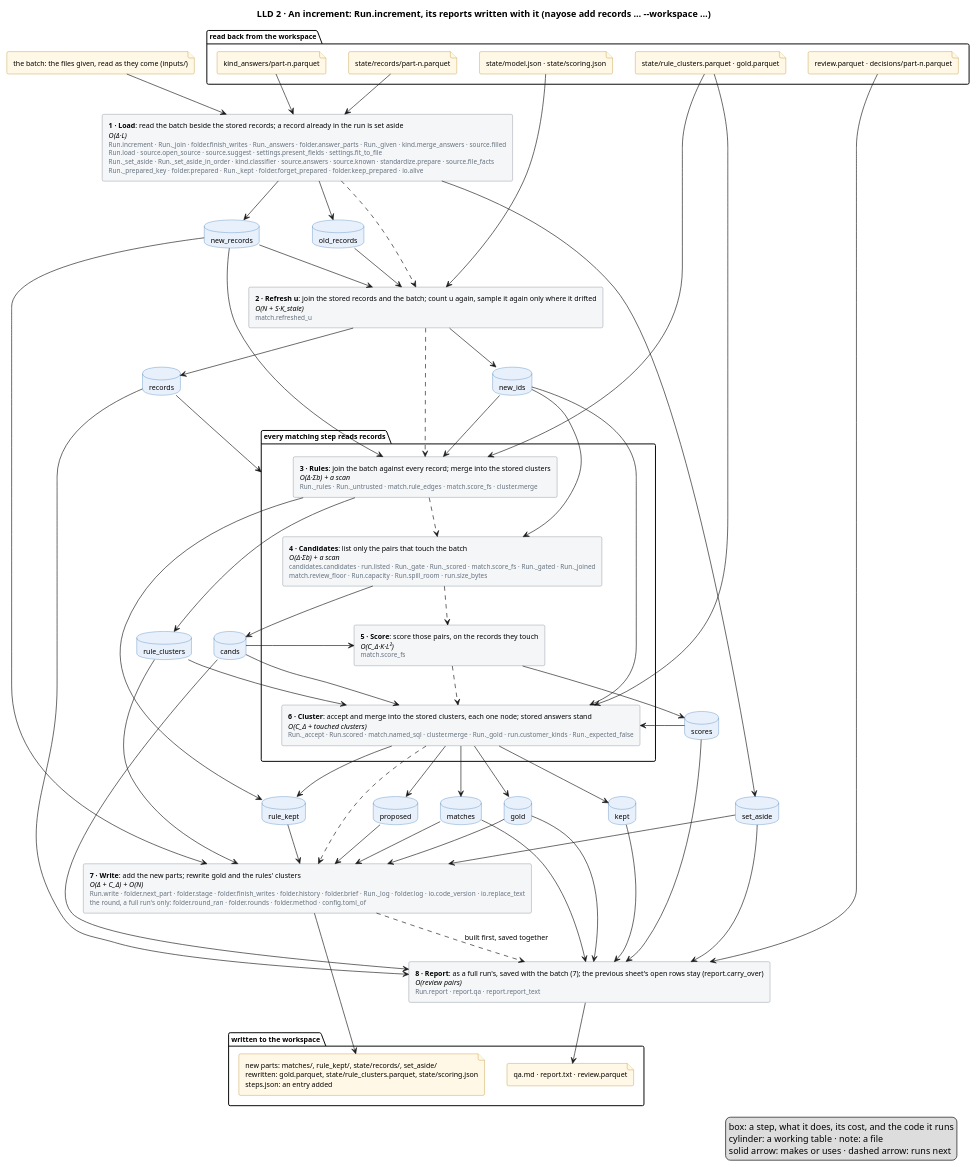
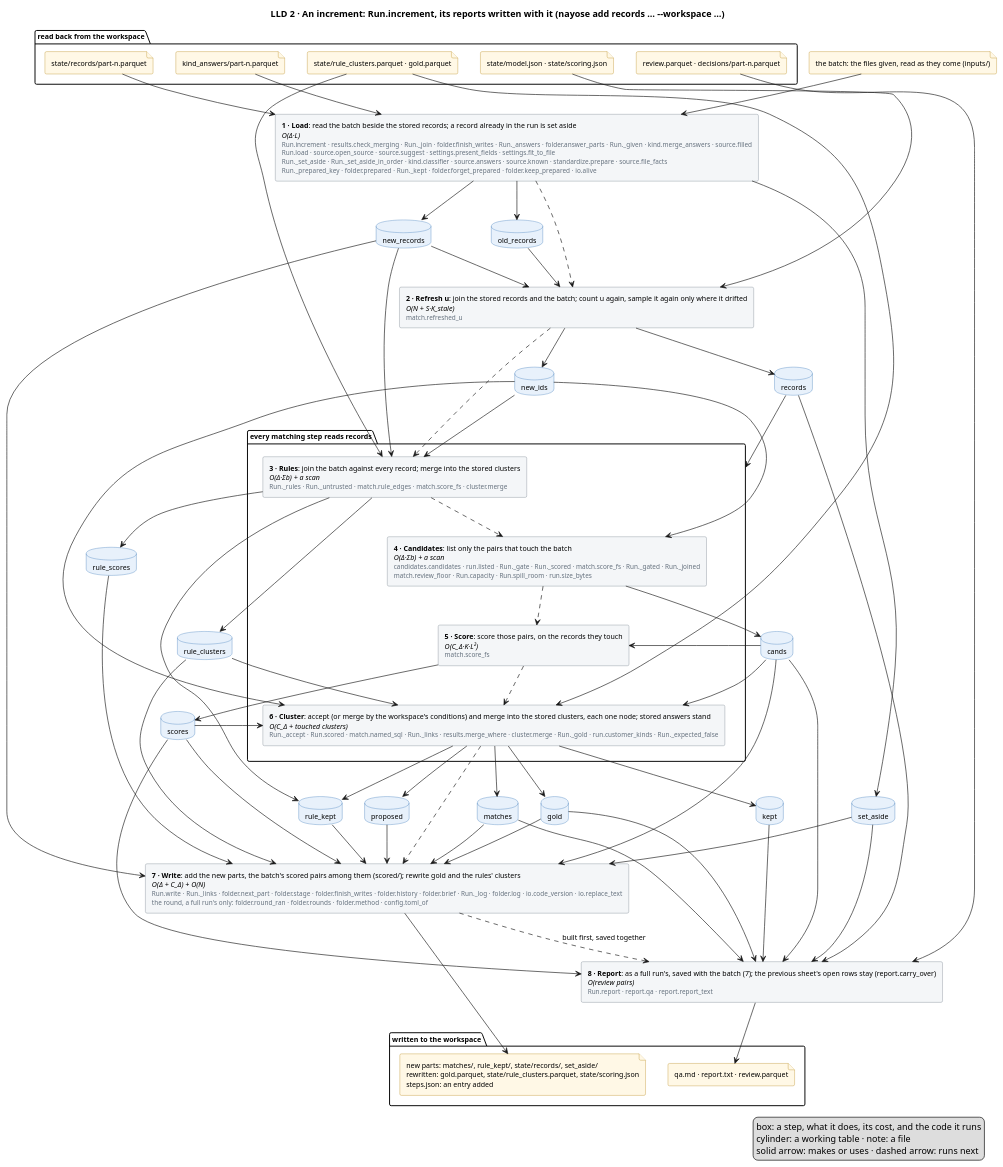
The diagram in docs/diagrams/increment.puml (mvsbm/entity_matching), drawn with PlantUML before and after one commit. The commit also changed 19 other files, not shown here.

```diff
--- a/docs/diagrams/increment.puml
+++ b/docs/diagrams/increment.puml
@@ -1,119 +1,124 @@
 @startuml increment
 title LLD 2 · An increment: Run.increment, its reports written with it (nayose add records … ~--workspace …)
 skinparam defaultFontSize 11
 skinparam rectangle {
   BackgroundColor #F4F6F8
   BorderColor #65717E
 }
 skinparam database {
   BackgroundColor #E8F1FB
   BorderColor #2C6DB3
 }
 skinparam file {
   BackgroundColor #FFF8E6
   BorderColor #B07D00
 }
 
 package "read back from the workspace" {
   file "state/model.json · state/scoring.json" as f_model
   file "state/records/part-n.parquet" as f_records
   file "state/rule_clusters.parquet · gold.parquet" as f_clusters
   file "kind_answers/part-n.parquet" as f_answers
   file "review.parquet · decisions/part-n.parquet" as f_sheet
 }
 file "the batch: the files given, read as they come (inputs/)" as f_batch
 
 
-rectangle "<b>1 · Load</b>: read the batch beside the stored records; a record already in the run is set aside\n<i>O(Δ·L)</i>\n<size:10><color:#65717E>Run.increment · Run._join · folder.finish_writes · Run._answers · folder.answer_parts · Run._given · kind.merge_answers · source.filled</color></size>\n<size:10><color:#65717E>Run.load · source.open_source · source.suggest · settings.present_fields · settings.fit_to_file</color></size>\n<size:10><color:#65717E>Run._set_aside · Run._set_aside_in_order · kind.classifier · source.answers · source.known · standardize.prepare · source.file_facts</color></size>\n<size:10><color:#65717E>Run._prepared_key · folder.prepared · Run._kept · folder.forget_prepared · folder.keep_prepared · io.alive</color></size>" as load
+rectangle "<b>1 · Load</b>: read the batch beside the stored records; a record already in the run is set aside\n<i>O(Δ·L)</i>\n<size:10><color:#65717E>Run.increment · results.check_merging · Run._join · folder.finish_writes · Run._answers · folder.answer_parts · Run._given · kind.merge_answers · source.filled</color></size>\n<size:10><color:#65717E>Run.load · source.open_source · source.suggest · settings.present_fields · settings.fit_to_file</color></size>\n<size:10><color:#65717E>Run._set_aside · Run._set_aside_in_order · kind.classifier · source.answers · source.known · standardize.prepare · source.file_facts</color></size>\n<size:10><color:#65717E>Run._prepared_key · folder.prepared · Run._kept · folder.forget_prepared · folder.keep_prepared · io.alive</color></size>" as load
 rectangle "<b>2 · Refresh u</b>: join the stored records and the batch; count u again, sample it again only where it drifted\n<i>O(N + S·K_stale)</i>\n<size:10><color:#65717E>match.refreshed_u</color></size>" as fit
 package "every matching step reads records" as matching {
   rectangle "<b>3 · Rules</b>: join the batch against every record; merge into the stored clusters\n<i>O(Δ·Σb) + a scan</i>\n<size:10><color:#65717E>Run._rules · Run._untrusted · match.rule_edges · match.score_fs · cluster.merge</color></size>" as rules
   rectangle "<b>4 · Candidates</b>: list only the pairs that touch the batch\n<i>O(Δ·Σb) + a scan</i>\n<size:10><color:#65717E>candidates.candidates · run.listed · Run._gate · Run._scored · match.score_fs · Run._gated · Run._joined</color></size>\n<size:10><color:#65717E>match.review_floor · Run.capacity · Run.spill_room · run.size_bytes</color></size>" as candidates
   rectangle "<b>5 · Score</b>: score those pairs, on the records they touch\n<i>O(C_Δ·K·L²)</i>\n<size:10><color:#65717E>match.score_fs</color></size>" as score
-  rectangle "<b>6 · Cluster</b>: accept and merge into the stored clusters, each one node; stored answers stand\n<i>O(C_Δ + touched clusters)</i>\n<size:10><color:#65717E>Run._accept · Run.scored · match.named_sql · cluster.merge · Run._gold · run.customer_kinds · Run._expected_false</color></size>" as cluster
+  rectangle "<b>6 · Cluster</b>: accept (or merge by the workspace's conditions) and merge into the stored clusters, each one node; stored answers stand\n<i>O(C_Δ + touched clusters)</i>\n<size:10><color:#65717E>Run._accept · Run.scored · match.named_sql · Run._links · results.merge_where · cluster.merge · Run._gold · run.customer_kinds · Run._expected_false</color></size>" as cluster
 }
-rectangle "<b>7 · Write</b>: add the new parts; rewrite gold and the rules' clusters\n<i>O(Δ + C_Δ) + O(N)</i>\n<size:10><color:#65717E>Run.write · folder.next_part · folder.stage · folder.finish_writes · folder.history · folder.brief · Run._log · folder.log · io.code_version · io.replace_text</color></size>\n<size:10><color:#65717E>the round, a full run's only: folder.round_ran · folder.rounds · folder.method · config.toml_of</color></size>" as write
+rectangle "<b>7 · Write</b>: add the new parts, the batch's scored pairs among them (scored/); rewrite gold and the rules' clusters\n<i>O(Δ + C_Δ) + O(N)</i>\n<size:10><color:#65717E>Run.write · Run._links · folder.next_part · folder.stage · folder.finish_writes · folder.history · folder.brief · Run._log · folder.log · io.code_version · io.replace_text</color></size>\n<size:10><color:#65717E>the round, a full run's only: folder.round_ran · folder.rounds · folder.method · config.toml_of</color></size>" as write
 rectangle "<b>8 · Report</b>: as a full run's, saved with the batch (7); the previous sheet's open rows stay (report.carry_over)\n<i>O(review pairs)</i>\n<size:10><color:#65717E>Run.report · report.qa · report.report_text</color></size>" as report
 database "old_records" as old_records
 database "new_records" as new_records
 database "set_aside" as set_aside
 database "records" as records
 database "new_ids" as new_ids
 database "rule_clusters" as rule_clusters
 database "rule_kept" as rule_kept
 database "cands" as cands
 database "scores" as scores
+database "rule_scores" as rule_scores
 database "matches" as matches
 database "proposed" as proposed
 database "kept" as kept
 database "gold" as gold
 
 package "written to the workspace" {
   file "new parts: matches/, rule_kept/, state/records/, set_aside/\nrewritten: gold.parquet, state/rule_clusters.parquet, state/scoring.json\nsteps.json: an entry added" as f_out
   file "qa.md · report.txt · review.parquet" as f_people
 }
 
 f_batch --> load
 f_records --> load
 f_answers --> load
 f_model --> fit
 f_clusters --> rules
 f_clusters --> cluster
 f_sheet --> report
 
 load ..> fit
 fit ..> rules
 rules ..> candidates
 candidates ..> score
 score ..> cluster
 cluster ..> write
 write ..> report : built first, saved together
 
 load --> old_records
 load --> new_records
 load --> set_aside
 old_records --> fit
 new_records --> fit
 fit --> records
 fit --> new_ids
 records --> matching
 new_records --> rules
 new_ids --> rules
 rules --> rule_clusters
 rules --> rule_kept
+rules --> rule_scores
+rule_scores --> write
+cands --> write
+scores --> write
 new_ids --> candidates
 candidates --> cands
 cands --> score
 score --> scores
 new_ids --> cluster
 rule_clusters --> cluster
 cands --> cluster
 scores --> cluster
 cluster --> matches
 cluster --> proposed
 cluster --> kept
 cluster --> rule_kept
 kept --> report
 proposed --> write
 cluster --> gold
 new_records --> write
 rule_clusters --> write
 rule_kept --> write
 matches --> write
 gold --> write
 set_aside --> write
 records --> report
 cands --> report
 scores --> report
 matches --> report
 gold --> report
 set_aside --> report
 
 write --> f_out
 report --> f_people
 legend right
   box: a step, what it does, its cost, and the code it runs
   cylinder: a working table · note: a file
   solid arrow: makes or uses · dashed arrow: runs next
 endlegend
 @enduml
```
